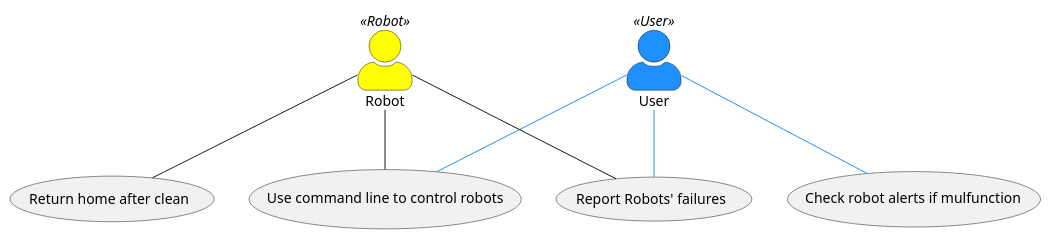
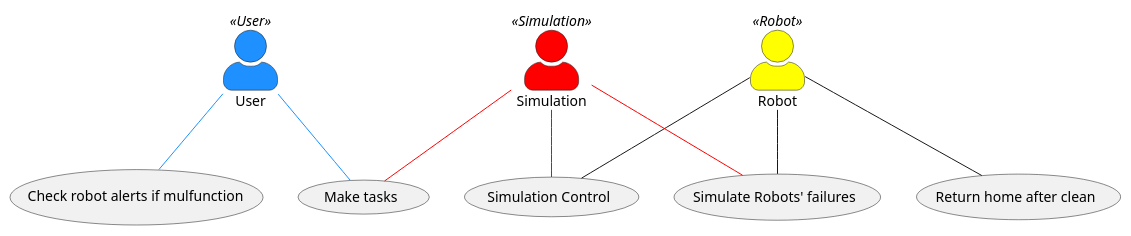
One commit to ur-cs-courses/course-project-clean-squad changed the diagram in docs/design/usecases/uc2.puml. Above: the diagram before and after it, drawn with PlantUML. The commit also changed 2 other files, not shown here.

```diff
--- a/docs/design/usecases/uc2.puml
+++ b/docs/design/usecases/uc2.puml
@@ -1,16 +1,21 @@
 @startuml
 skinparam DefaultFontName Times New Roman
 skinparam actorStyle awesome
 Actor User
 User << User >> #DodgerBlue
 
 Actor Robot
 Robot << Robot >> #Yellow
 
-:User: -- (Use command line to control robots) #DodgerBlue
-:User: -- (Report Robots' failures) #DodgerBlue
-:Robot: -- (Use command line to control robots)
-:Robot: -- (Report Robots' failures)
+Actor Simulation
+Simulation << Simulation >> #Red
+
+:User: -- (Make tasks) #DodgerBlue
+:Simulation: -- (Make tasks) #Red
+:Simulation: -- (Simulation Control) #Red
+:Robot: -- (Simulation Control)
+:Simulation: -- (Simulate Robots' failures) #Red
+:Robot: -- (Simulate Robots' failures)
 :Robot: -- (Return home after clean)
 :User: -- (Check robot alerts if mulfunction) #DodgerBlue
 @enduml
```
